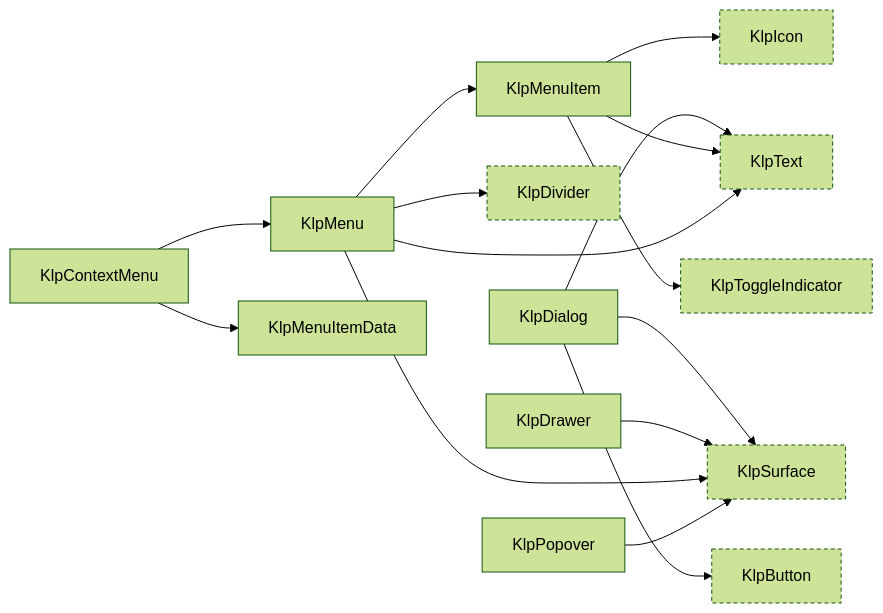
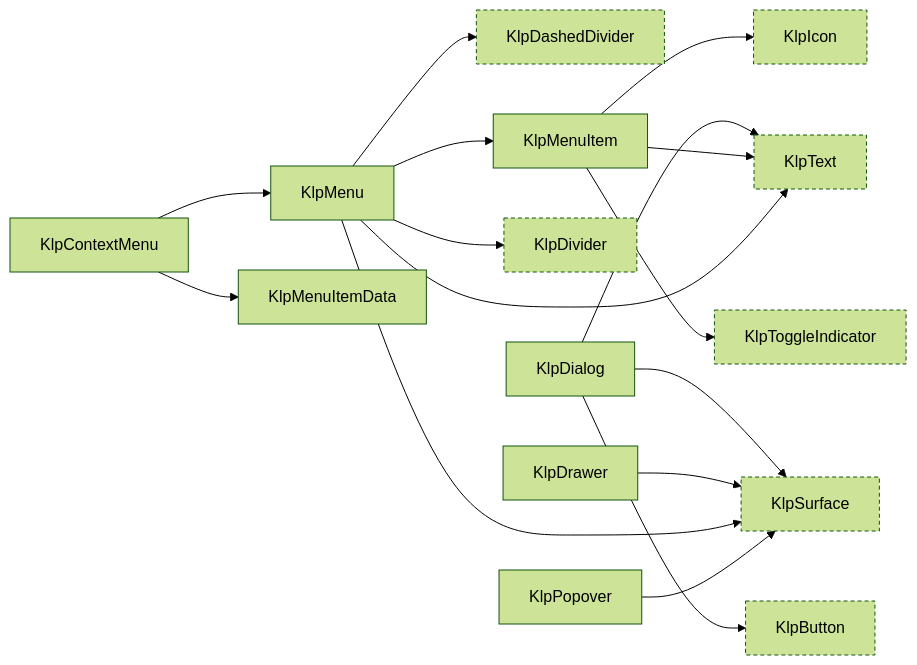
One commit to MiuDog/Kallopis changed the eighth of 18 diagrams in spec/component-inventory.md. Above: the diagram before and after it, drawn with Mermaid (forest theme). The commit also changed other lines of this file and 266 other files, not shown here.

````diff
--- a/spec/component-inventory.md
+++ b/spec/component-inventory.md
@@ -367,31 +388,33 @@
 ```mermaid
 graph LR
   KlpButton["KlpButton"]:::external
   KlpContextMenu["KlpContextMenu"]
+  KlpDashedDivider["KlpDashedDivider"]:::external
   KlpDialog["KlpDialog"]
   KlpDivider["KlpDivider"]:::external
   KlpDrawer["KlpDrawer"]
   KlpIcon["KlpIcon"]:::external
   KlpMenu["KlpMenu"]
   KlpMenuItem["KlpMenuItem"]
   KlpMenuItemData["KlpMenuItemData"]
   KlpPopover["KlpPopover"]
   KlpSurface["KlpSurface"]:::external
   KlpText["KlpText"]:::external
   KlpToggleIndicator["KlpToggleIndicator"]:::external
   KlpContextMenu --> KlpMenu
   KlpContextMenu --> KlpMenuItemData
   KlpDialog --> KlpButton
   KlpDialog --> KlpSurface
   KlpDialog --> KlpText
   KlpDrawer --> KlpSurface
   KlpMenuItem --> KlpIcon
   KlpMenuItem --> KlpText
   KlpMenuItem --> KlpToggleIndicator
+  KlpMenu --> KlpDashedDivider
   KlpMenu --> KlpDivider
   KlpMenu --> KlpMenuItem
   KlpMenu --> KlpSurface
   KlpMenu --> KlpText
   KlpPopover --> KlpSurface
   classDef external stroke-dasharray: 4 3;
 ```
````
